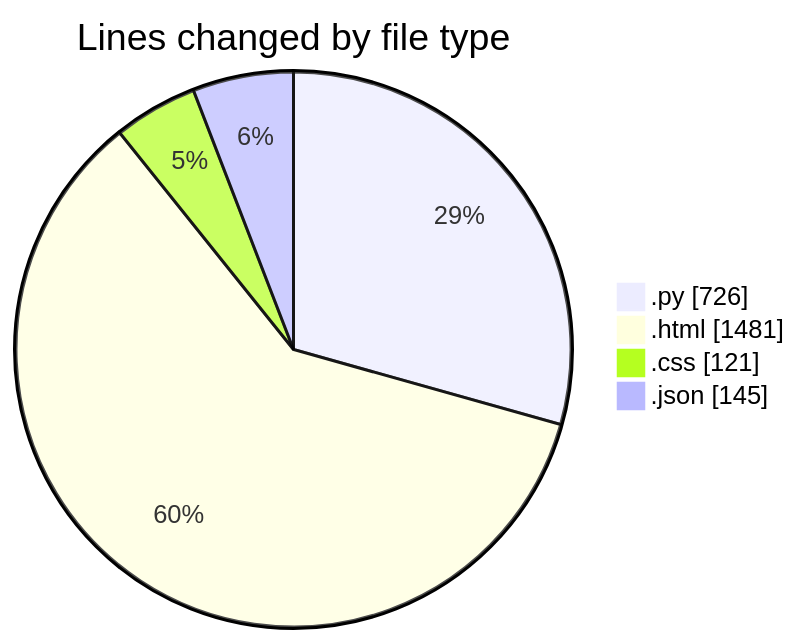
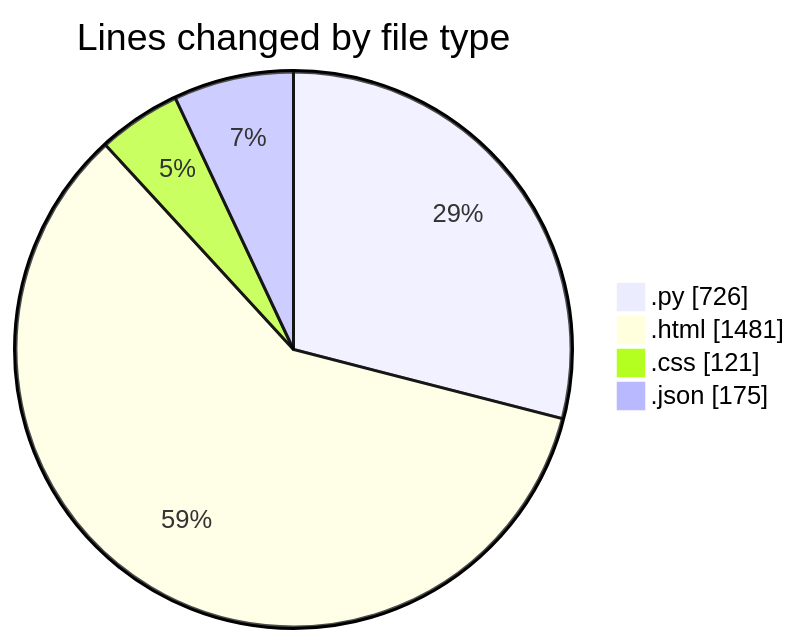
The first of 2 diagrams in 2025-01-31/flask/README.md (Elitesun/code-tracking), drawn with Mermaid before and after one commit. The commit also changed other lines of this file and 1 other file, not shown here.

````diff
--- a/2025-01-31/flask/README.md
+++ b/2025-01-31/flask/README.md
@@ -27,8 +27,8 @@
 ```mermaid
 pie showData
 title Lines changed by file type
 ".py" : 726
 ".html" : 1481
 ".css" : 121
-".json" : 145
+".json" : 175
 ```
````
